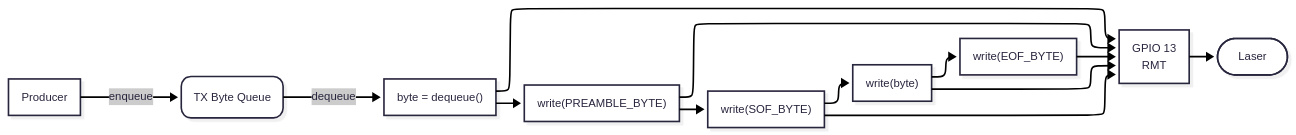
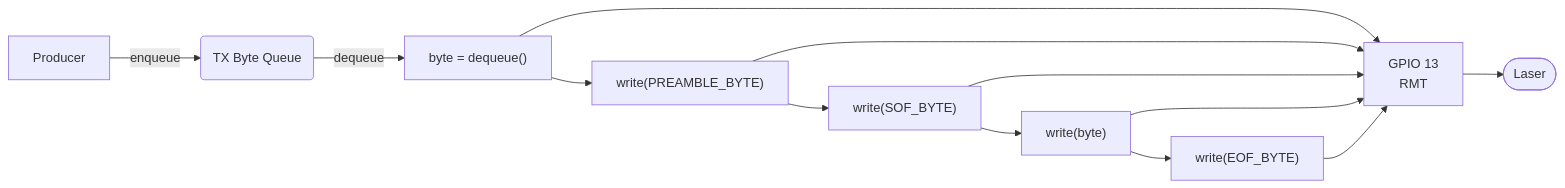
One commit to Yaremadzulynsky/laser_communication changed the first of 2 diagrams in README.md. Above: the diagram before and after it, drawn with Mermaid. The commit also changed other lines of this file, not shown here.

````diff
--- a/README.md
+++ b/README.md
@@ -49,20 +84,13 @@
 ```mermaid
----
-config:
-  look: neo
-  layout: elk
-  theme: redux
----
 flowchart LR
     n13["TX Byte Queue"] -- dequeue --> n15["byte = dequeue()"]
     n14["GPIO 13<br>RMT"] --> n12(["Laser"])
     n15 --> n16["write(PREAMBLE_BYTE)"] & n14
     n16 --> n17["write(SOF_BYTE)"] & n14
     n17 --> n18["write(byte)"] & n14
     n18 --> n19["write(EOF_BYTE)"] & n14
     n19 --> n14
     n20["Producer"] -- enqueue --> n13
     n13@{ shape: rounded}
     n20@{ shape: rect}
-
 ```
````
